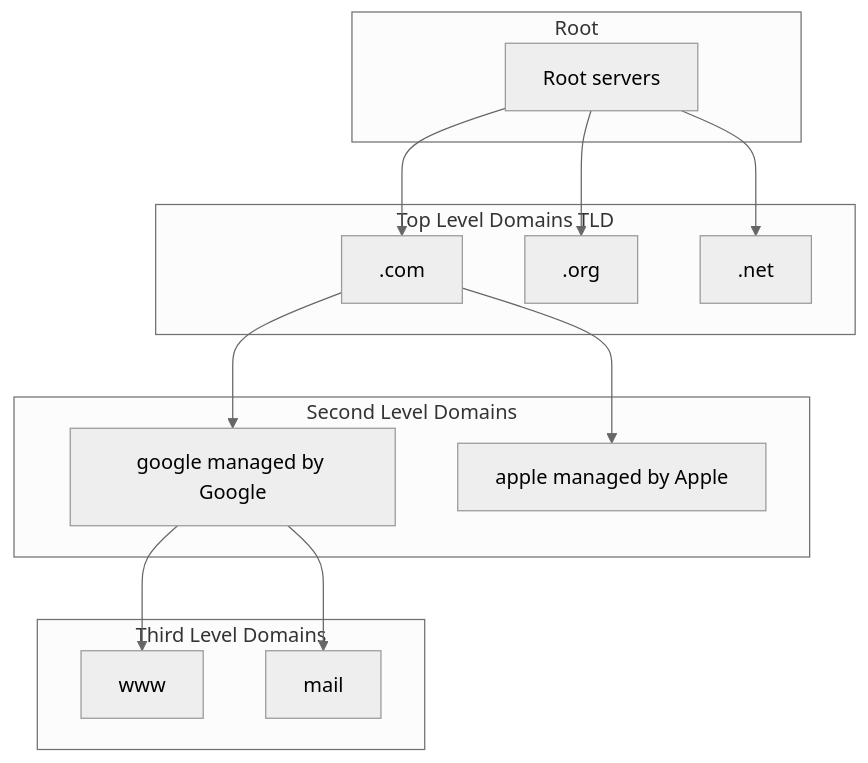
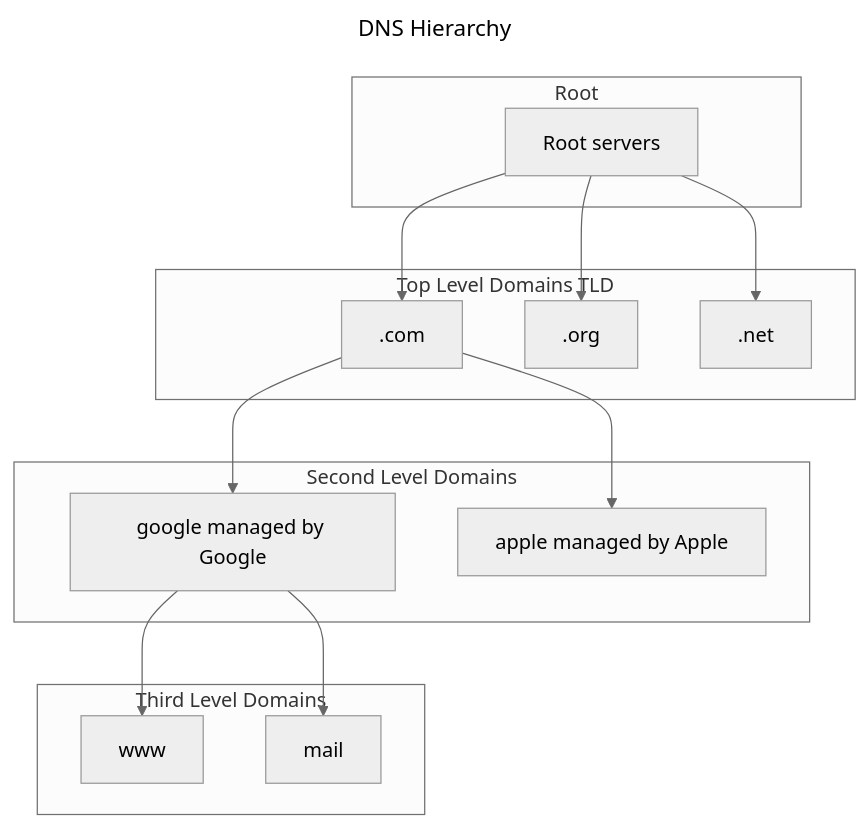
Before and after one commit to phucnguyen81/system-design-primer: the second of 2 diagrams in pages/domain-name-system.md, drawn with Mermaid (neutral theme). The commit also changed other lines of this file and 30 other files, not shown here.

````diff
--- a/pages/domain-name-system.md
+++ b/pages/domain-name-system.md
@@ -47,30 +55,34 @@
 ```mermaid!
+---
+title: DNS Hierarchy
+---
+
 graph TD
 subgraph Root
   root[Root servers]
 end
 
 subgraph TopLevel[Top Level Domains TLD]
   dotcom[.com]
   dotorg[.org]
   dotnet[.net]
 end
 
 subgraph SecondLevel[Second Level Domains]
   google[google managed by Google]
   apple[apple managed by Apple]
 end
 
 subgraph ThirdLevel[Third Level Domains]
   www[www]
   mail[mail]
 end
 
 root --> dotcom
 root --> dotorg
 root --> dotnet
 dotcom --> google
 dotcom --> apple
 google --> www
 google --> mail
 ```
````
